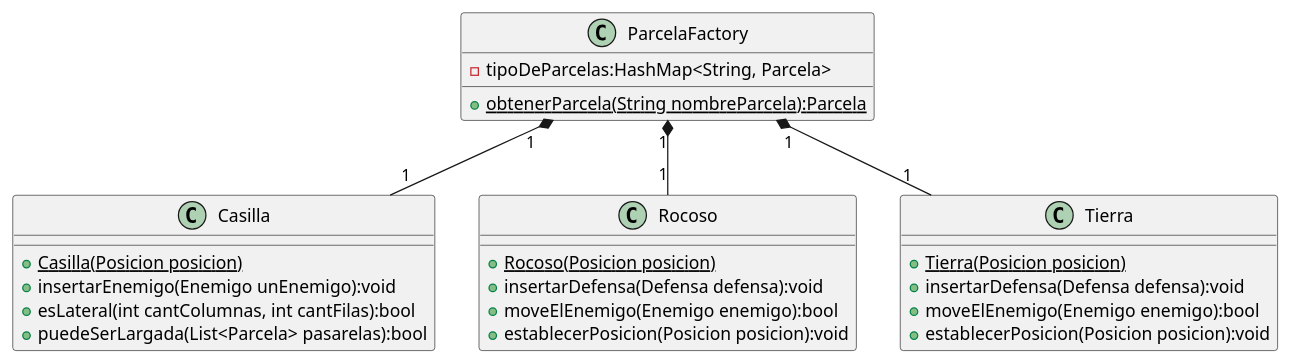
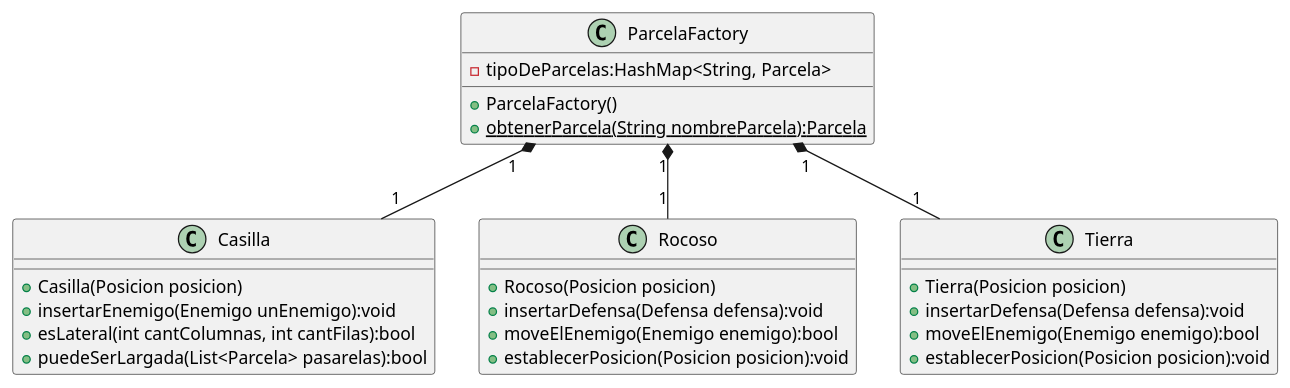
Before and after one commit to lucas96will/algo3_tp2_fiuba: the diagram in diagrams/classes/Ent2/factory.plantuml, drawn with PlantUML. The commit also changed 7 other files, not shown here.

Commit message:
Primera leida a los diagramas de clase

```diff
--- a/diagrams/classes/Ent2/factory.plantuml
+++ b/diagrams/classes/Ent2/factory.plantuml
@@ -1,33 +1,34 @@
 @startuml
 
 class Casilla {
-    {static}+Casilla(Posicion posicion)
+    +Casilla(Posicion posicion)
     +insertarEnemigo(Enemigo unEnemigo):void
     +esLateral(int cantColumnas, int cantFilas):bool
     +puedeSerLargada(List<Parcela> pasarelas):bool
 }
 
 class ParcelaFactory {
     -tipoDeParcelas:HashMap<String, Parcela>
+    +ParcelaFactory()
     {static}+obtenerParcela(String nombreParcela):Parcela
 }
 
 class Rocoso {
-    {static}+Rocoso(Posicion posicion)
+    +Rocoso(Posicion posicion)
     +insertarDefensa(Defensa defensa):void
     +moveElEnemigo(Enemigo enemigo):bool
     +establecerPosicion(Posicion posicion):void
 }
 
 class Tierra {
-    {static}+Tierra(Posicion posicion)
+    +Tierra(Posicion posicion)
     +insertarDefensa(Defensa defensa):void
     +moveElEnemigo(Enemigo enemigo):bool
     +establecerPosicion(Posicion posicion):void
 }
 
 ParcelaFactory "1" *-- "1" Tierra
 ParcelaFactory "1" *-- "1" Rocoso
 ParcelaFactory "1" *-- "1" Casilla
 
 @enduml
```
